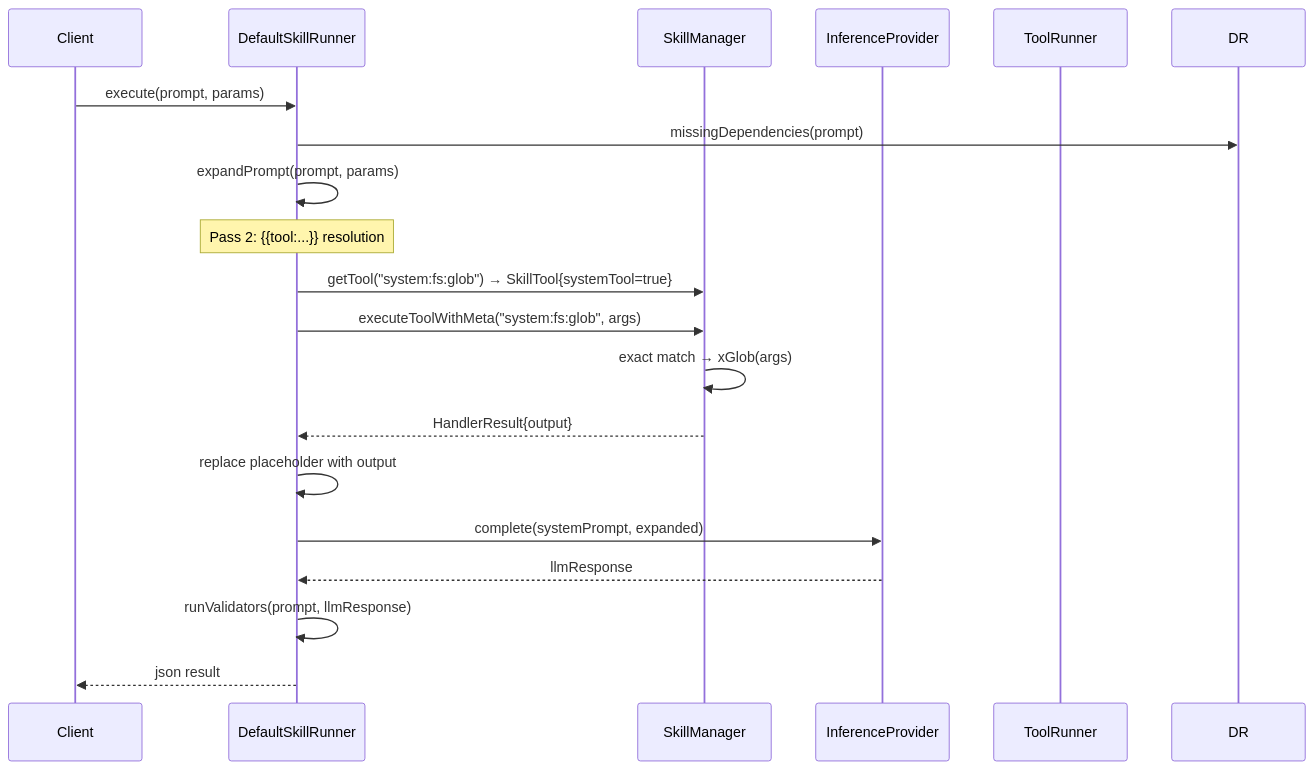
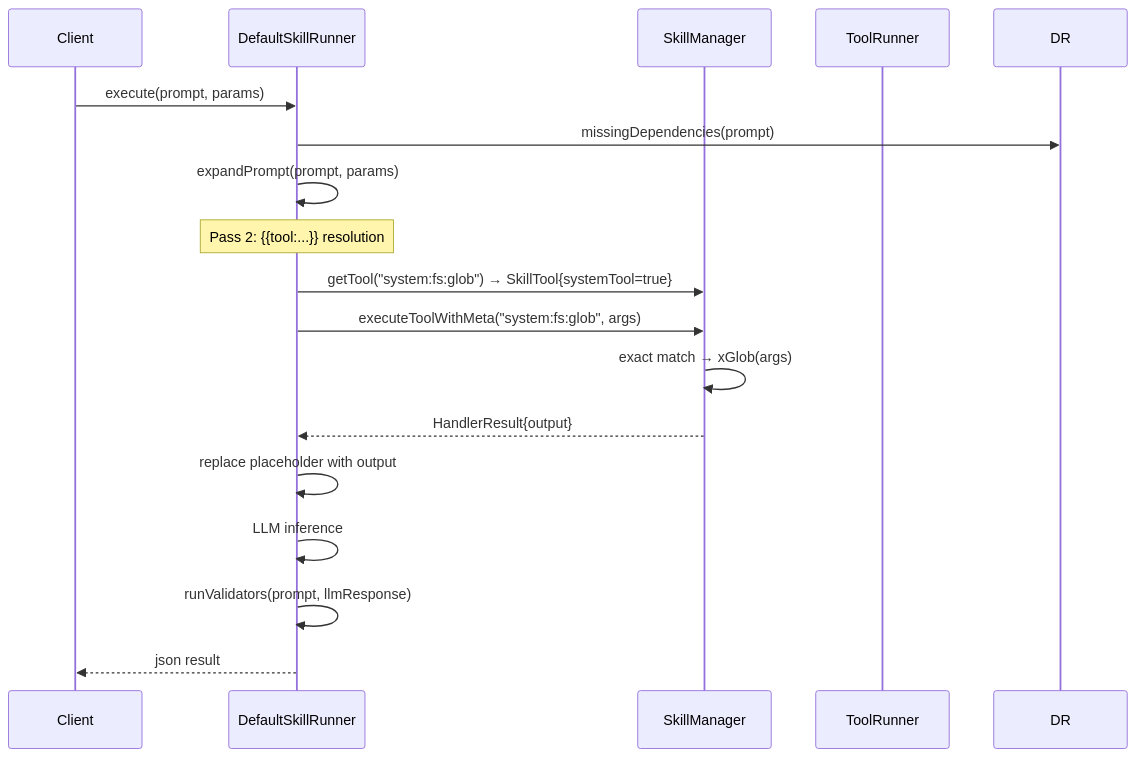
The second of 2 diagrams in src/skill_runner.spec.md (opensassi/a0), drawn with Mermaid before and after one commit. The commit also changed other lines of this file and 50 other files, not shown here.

````diff
--- a/src/skill_runner.spec.md
+++ b/src/skill_runner.spec.md
@@ -144,24 +141,22 @@
 ```mermaid
 sequenceDiagram
     participant Client
     participant DSR as DefaultSkillRunner
     participant SM as SkillManager
-    participant IP as InferenceProvider
     participant TR as ToolRunner
 
     Client->>DSR: execute(prompt, params)
     DSR->>DR: missingDependencies(prompt)
     DSR->>DSR: expandPrompt(prompt, params)
 
     Note over DSR: Pass 2: {{tool:...}} resolution
     DSR->>SM: getTool("system:fs:glob") → SkillTool{systemTool=true}
     DSR->>SM: executeToolWithMeta("system:fs:glob", args)
     SM->>SM: exact match → xGlob(args)
     SM-->>DSR: HandlerResult{output}
     DSR->>DSR: replace placeholder with output
 
-    DSR->>IP: complete(systemPrompt, expanded)
-    IP-->>DSR: llmResponse
+    DSR->>DSR: LLM inference
     DSR->>DSR: runValidators(prompt, llmResponse)
     DSR-->>Client: json result
 ```
````
